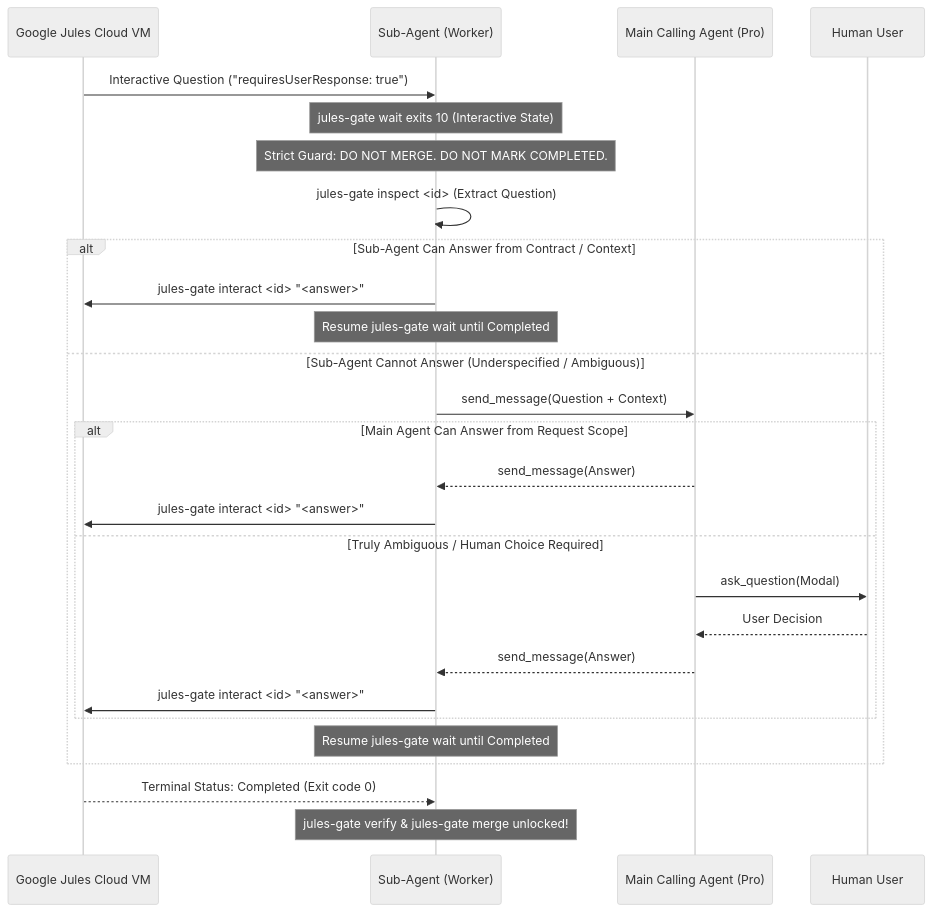
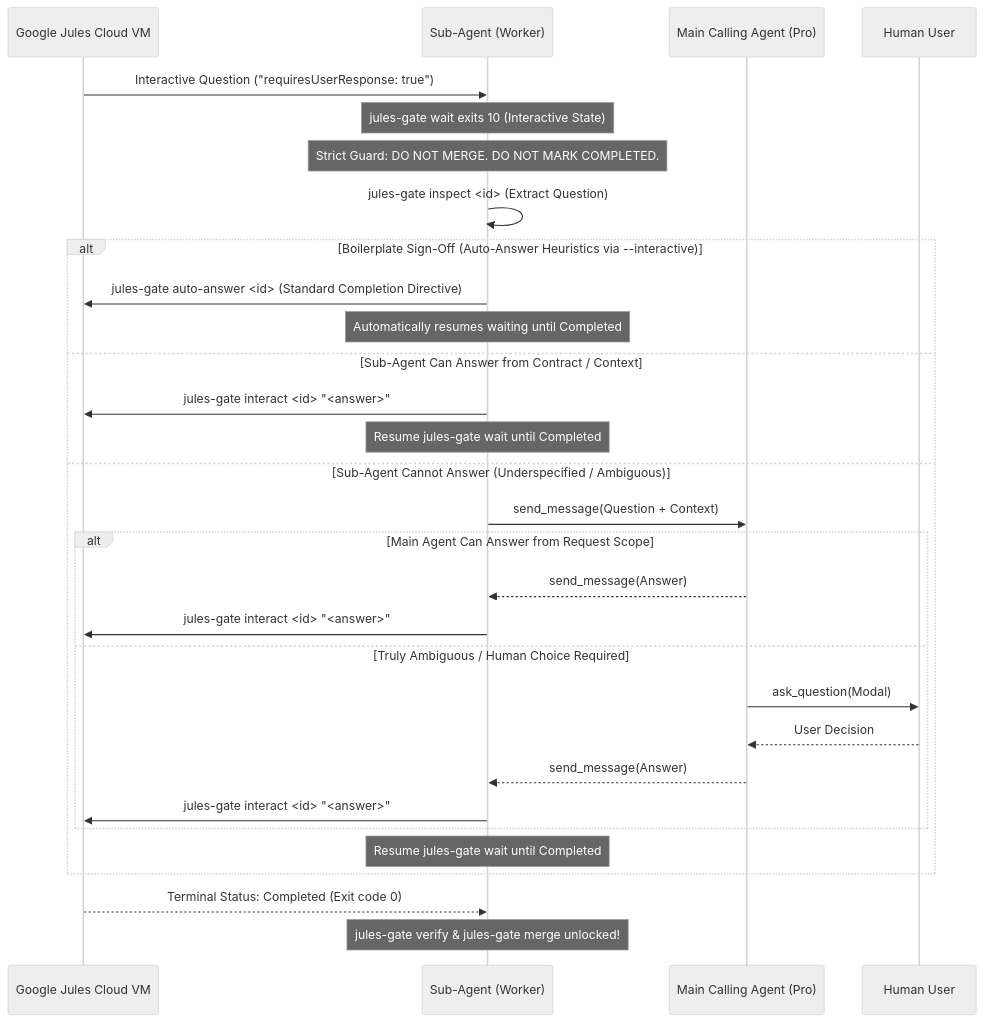
Before and after one commit to JMartynov/jules-plugin: the diagram in skills/jules-task-controller/SKILL.md, drawn with Mermaid (neutral theme). The commit also changed other lines of this file and 9 other files, not shown here.

Commit message:
feat(v3.1.0): auto-answer heuristics for boilerplate sign-offs and interactive watcher flag

````diff
--- a/skills/jules-task-controller/SKILL.md
+++ b/skills/jules-task-controller/SKILL.md
@@ -367,32 +368,35 @@
 ```mermaid
 sequenceDiagram
     participant Jules as Google Jules Cloud VM
     participant Sub as Sub-Agent (Worker)
     participant Main as Main Calling Agent (Pro)
     participant User as Human User
 
     Jules->>Sub: Interactive Question ("requiresUserResponse: true")
     Note over Sub: jules-gate wait exits 10 (Interactive State)
     Note over Sub: Strict Guard: DO NOT MERGE. DO NOT MARK COMPLETED.
     Sub->>Sub: jules-gate inspect <id> (Extract Question)
     
-    alt Sub-Agent Can Answer from Contract / Context
+    alt Boilerplate Sign-Off (Auto-Answer Heuristics via --interactive)
+        Sub->>Jules: jules-gate auto-answer <id> (Standard Completion Directive)
+        Note over Sub: Automatically resumes waiting until Completed
+    else Sub-Agent Can Answer from Contract / Context
         Sub->>Jules: jules-gate interact <id> "<answer>"
         Note over Sub: Resume jules-gate wait until Completed
     else Sub-Agent Cannot Answer (Underspecified / Ambiguous)
         Sub->>Main: send_message(Question + Context)
         alt Main Agent Can Answer from Request Scope
             Main-->>Sub: send_message(Answer)
             Sub->>Jules: jules-gate interact <id> "<answer>"
         else Truly Ambiguous / Human Choice Required
             Main->>User: ask_question(Modal)
             User-->>Main: User Decision
             Main-->>Sub: send_message(Answer)
             Sub->>Jules: jules-gate interact <id> "<answer>"
         end
         Note over Sub: Resume jules-gate wait until Completed
     end
 
     Jules-->>Sub: Terminal Status: Completed (Exit code 0)
     Note over Sub: jules-gate verify & jules-gate merge unlocked!
 ```
````
